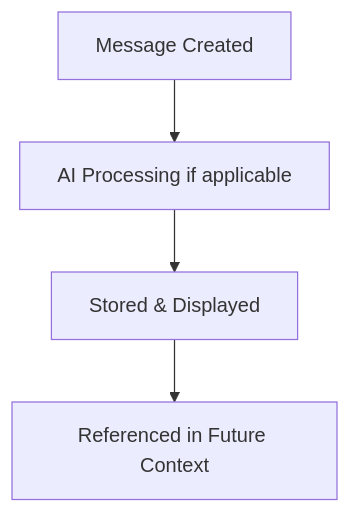
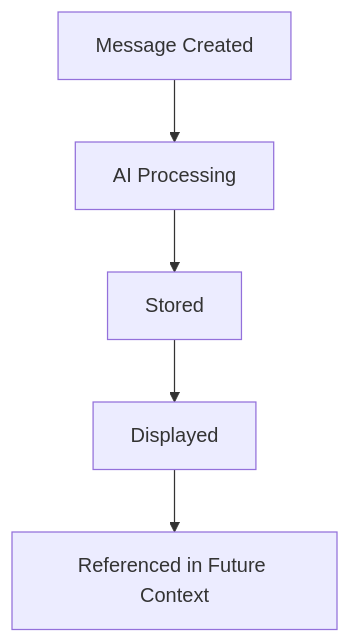
Before and after one commit to RaiyanJiyon/agri-smart-api: the sixth of 7 diagrams in docs/03-Database-Design.md, drawn with Mermaid. The commit also changed other lines of this file and 1 other file, not shown here.

````diff
--- a/docs/03-Database-Design.md
+++ b/docs/03-Database-Design.md
@@ -325,6 +402,7 @@
 ```mermaid
 flowchart TD
-    A[Message Created] --> B[AI Processing if applicable]
-    B --> C[Stored & Displayed]
-    C --> D[Referenced in Future Context]
+    A[Message Created] --> B[AI Processing]
+    B --> C[Stored]
+    C --> D[Displayed]
+    D --> E[Referenced in Future Context]
 ```
````
